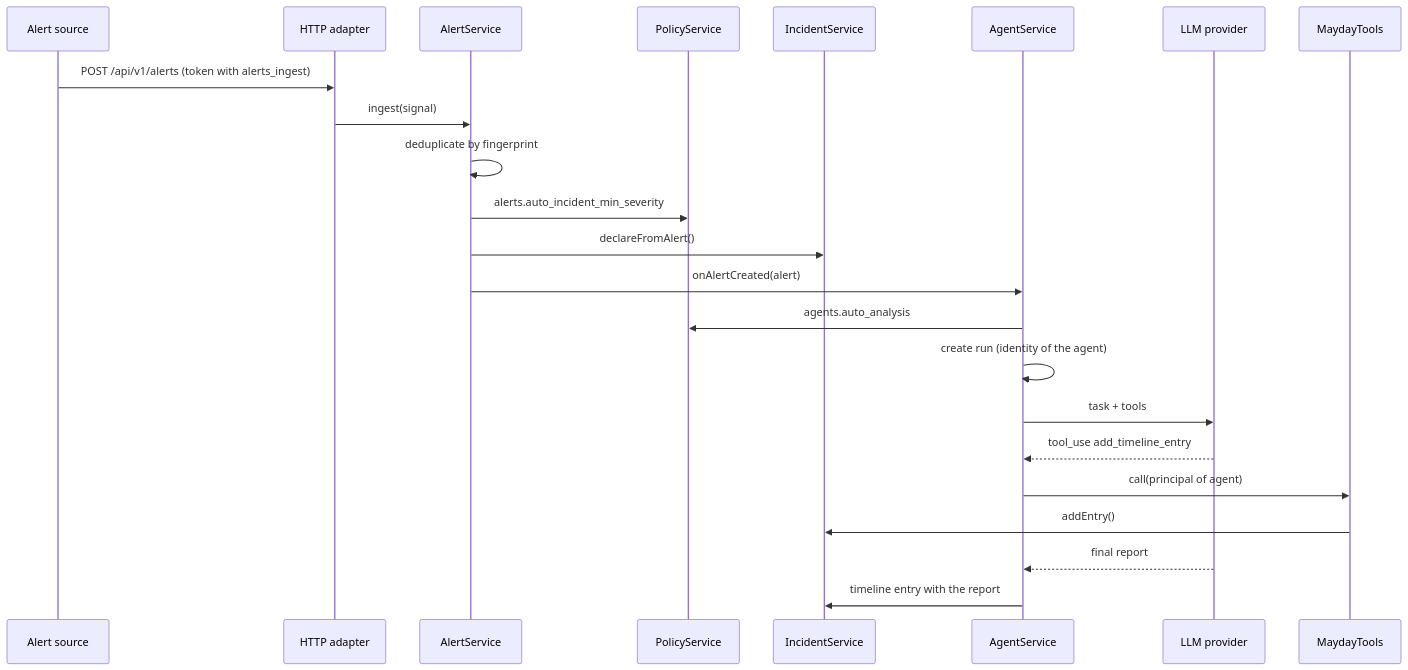
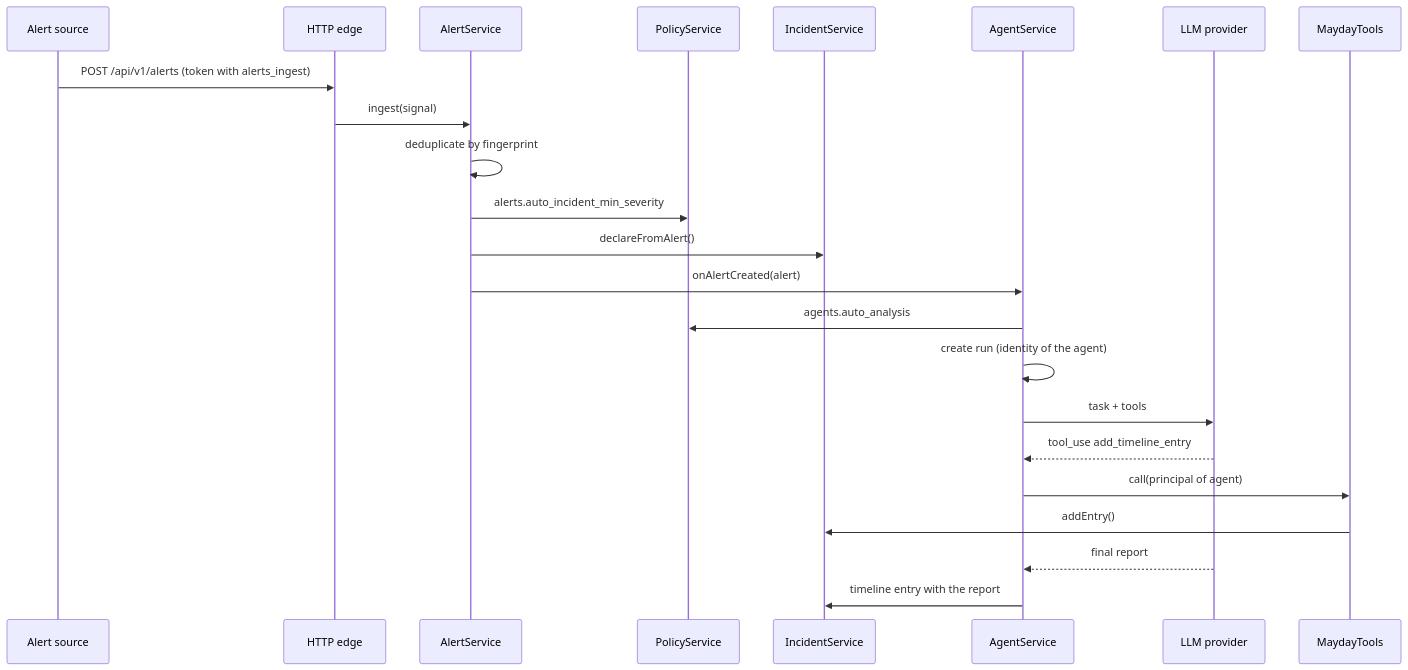
Before and after one commit to gigabrain-ideas/mayday: the third of 4 diagrams in docs/architecture.md, drawn with Mermaid. The commit also changed other lines of this file and 101 other files, not shown here.

````diff
--- a/docs/architecture.md
+++ b/docs/architecture.md
@@ -105,25 +122,25 @@
 ```mermaid
 sequenceDiagram
   participant Src as Alert source
-  participant API as HTTP adapter
+  participant API as HTTP edge
   participant AL as AlertService
   participant POL as PolicyService
   participant INC as IncidentService
   participant AG as AgentService
   participant LLM as LLM provider
   participant T as MaydayTools
   Src->>API: POST /api/v1/alerts (token with alerts_ingest)
   API->>AL: ingest(signal)
   AL->>AL: deduplicate by fingerprint
   AL->>POL: alerts.auto_incident_min_severity
   AL->>INC: declareFromAlert()
   AL->>AG: onAlertCreated(alert)
   AG->>POL: agents.auto_analysis
   AG->>AG: create run (identity of the agent)
   AG->>LLM: task + tools
   LLM-->>AG: tool_use add_timeline_entry
   AG->>T: call(principal of agent)
   T->>INC: addEntry()
   LLM-->>AG: final report
   AG->>INC: timeline entry with the report
 ```
````
